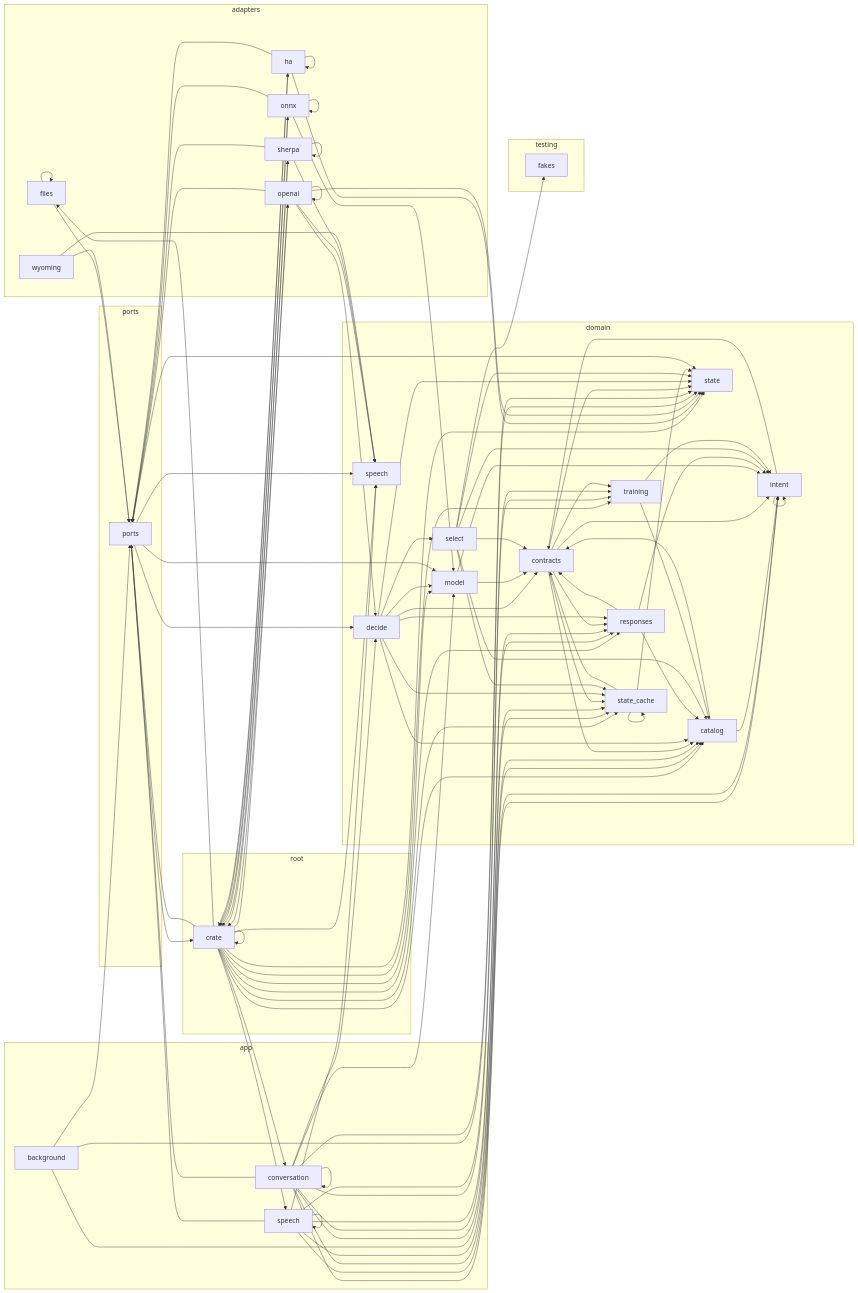
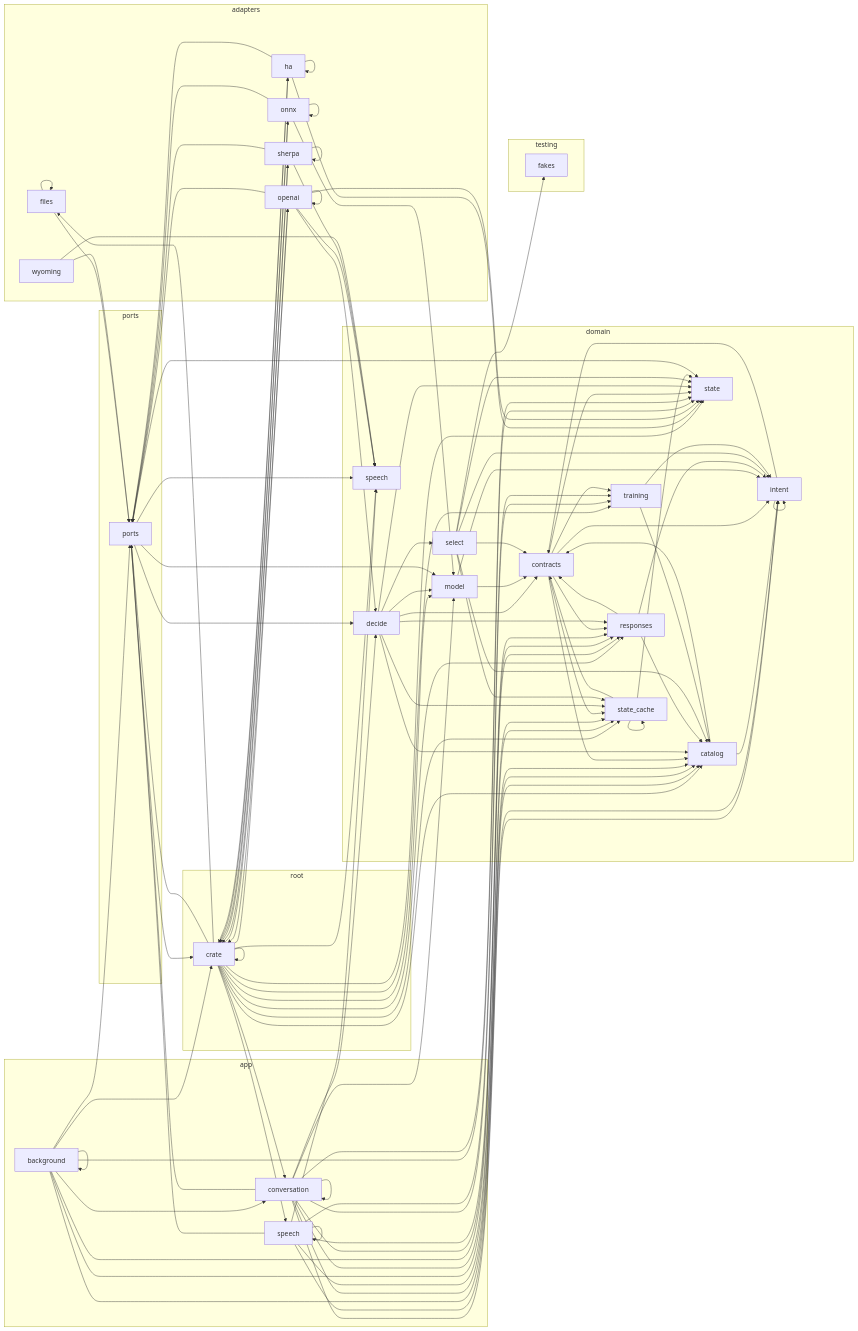
Before and after one commit to louislang/ha-jarvis: the diagram in docs/architecture.md, drawn with Mermaid. The commit also changed 2 other files, not shown here.

Commit message:
8.4 Backfill Use Case
Adds the `Backfill` use case, which records each response use on the pools task and, when the use leaves the pool with too few unused responses, asks System Two for new responses in a background task. An in-flight set keeps one backfill for each pool, and only a successful `generate` sends a merge of the valid candidates, so a failed backfill never changes the pools. The pre-render and the wiring into `Conversation` and `start_app` are left to 8.4b.

```diff
--- a/docs/architecture.md
+++ b/docs/architecture.md
@@ -77,6 +77,11 @@
     crate_adapters_sherpa --> crate_ports
     crate_adapters_wyoming --> crate_domain_speech
     crate_adapters_wyoming --> crate_ports
+    crate_app_background --> crate
+    crate_app_background --> crate_app_background
+    crate_app_background --> crate_app_conversation
+    crate_app_background --> crate_domain_catalog
+    crate_app_background --> crate_domain_responses
     crate_app_background --> crate_domain_state
     crate_app_background --> crate_domain_state_cache
     crate_app_background --> crate_ports
```
